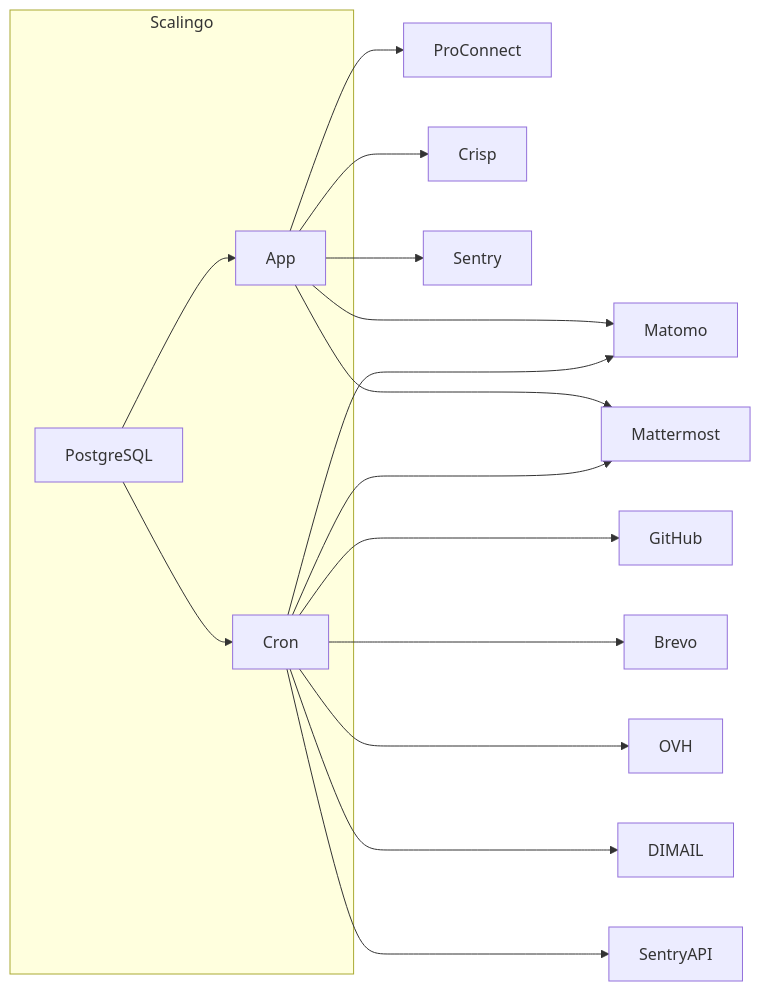
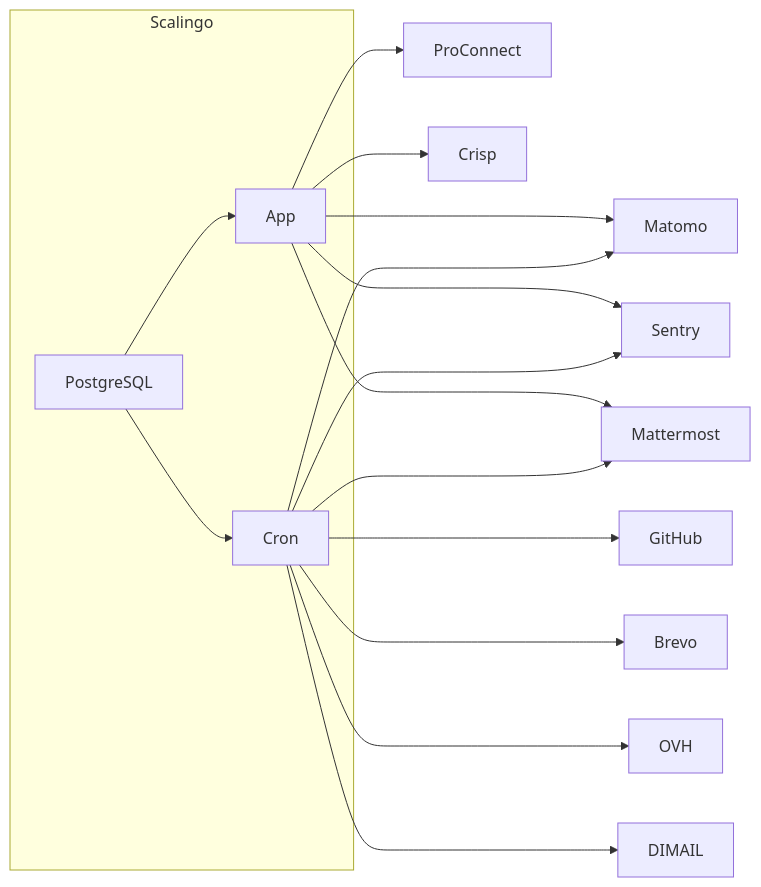
The second of 2 diagrams in README.md (betagouv/espace-membre-next), drawn with Mermaid before and after one commit.

````diff
--- a/README.md
+++ b/README.md
@@ -207,24 +207,24 @@
 ```mermaid
 graph LR
 
 subgraph Scalingo
 PostgreSQL-->App
 PostgreSQL-->Cron
 end
 
 App-->ProConnect
 
 App-->Crisp
 App-->Matomo
 App-->Sentry
 App-->Mattermost
 
 
 Cron--->GitHub
 Cron--->Mattermost
 Cron--->Brevo
 Cron--->OVH
 Cron--->DIMAIL
 Cron--->Matomo
-Cron--->SentryAPI
+Cron--->Sentry
 ```
````
